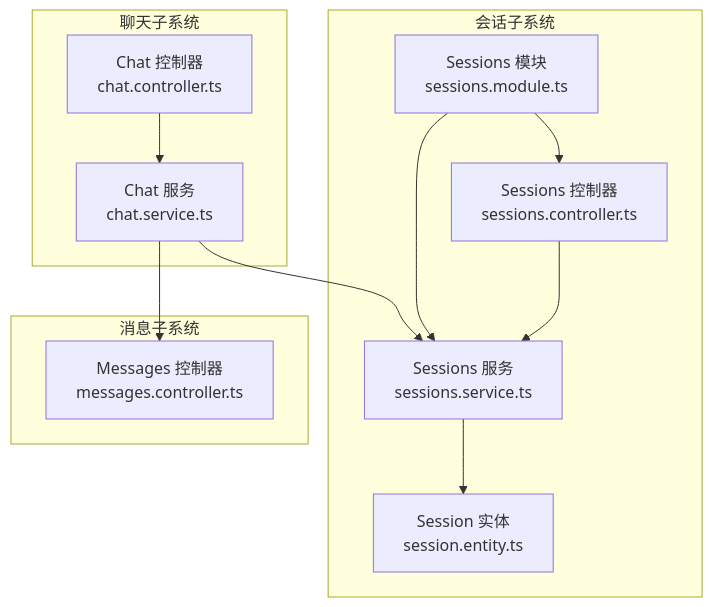
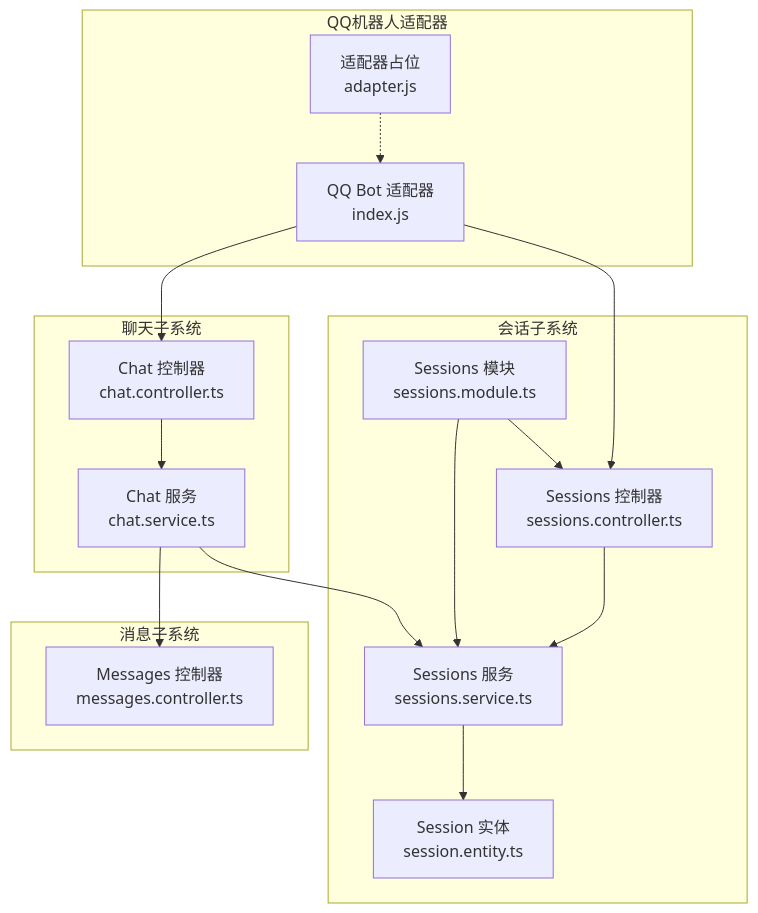
One commit to L1mingyoung/ex changed the first of 5 diagrams in .qoder/repowiki/zh/content/API接口文档/会话管理接口.md. Above: the diagram before and after it, drawn with Mermaid. The commit also changed other lines of this file and 9 other files, not shown here.

````diff
--- a/.qoder/repowiki/zh/content/API接口文档/会话管理接口.md
+++ b/.qoder/repowiki/zh/content/API接口文档/会话管理接口.md
@@ -32,23 +43,30 @@
 ```mermaid
 graph TB
 subgraph "会话子系统"
 E["Session 实体<br/>session.entity.ts"]
 C["Sessions 控制器<br/>sessions.controller.ts"]
 S["Sessions 服务<br/>sessions.service.ts"]
 M["Sessions 模块<br/>sessions.module.ts"]
 end
 subgraph "聊天子系统"
 CC["Chat 控制器<br/>chat.controller.ts"]
 CS["Chat 服务<br/>chat.service.ts"]
 end
 subgraph "消息子系统"
 MC["Messages 控制器<br/>messages.controller.ts"]
 end
+subgraph "QQ机器人适配器"
+QI["QQ Bot 适配器<br/>index.js"]
+QA["适配器占位<br/>adapter.js"]
+end
 C --> S
 S --> E
 M --> C
 M --> S
 CC --> CS
 CS --> S
 CS --> MC
+QI --> C
+QI --> CC
+QA -.-> QI
 ```
````
